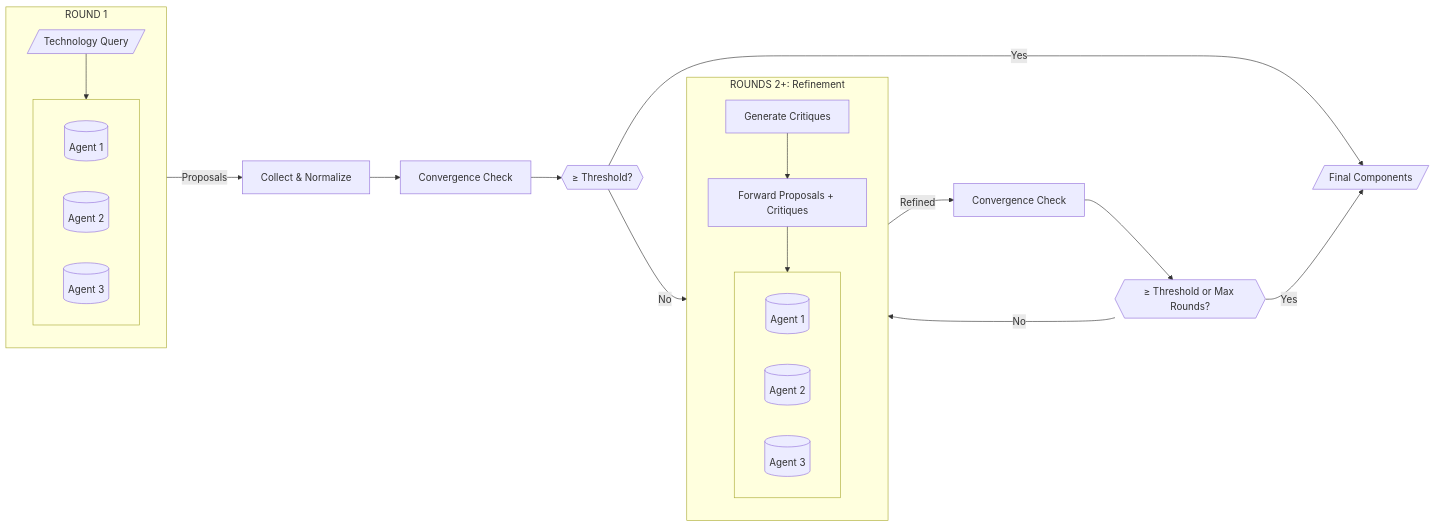
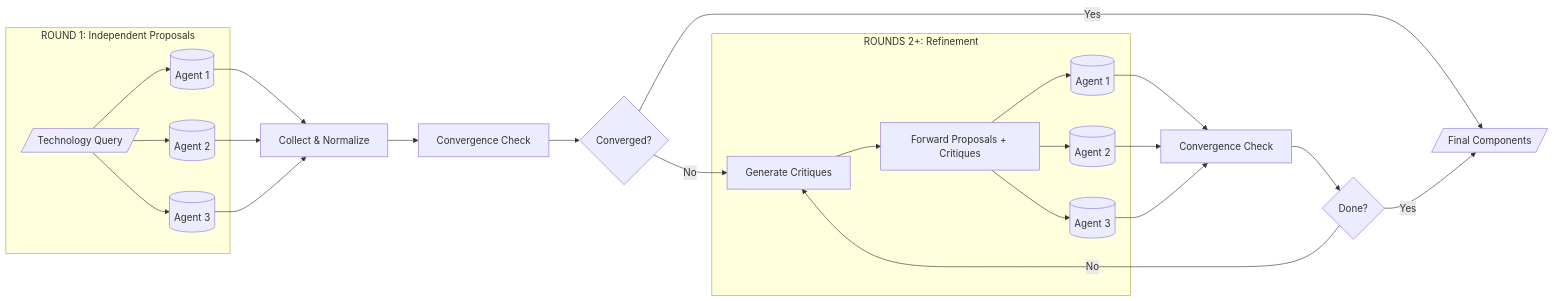
Before and after one commit to dads2busy/dpi_stdn_agentic: the diagram in docs/DEBATE_SYSTEM.md, drawn with Mermaid.

Commit message:
docs: fix Mermaid syntax for broader compatibility

````diff
--- a/docs/DEBATE_SYSTEM.md
+++ b/docs/DEBATE_SYSTEM.md
@@ -403,31 +403,35 @@
 ```mermaid
 flowchart LR
-    subgraph Round1["ROUND 1"]
-        direction TB
-        Tech[/"Technology Query"/] --> Agents
-        subgraph Agents[" "]
-            A1[("Agent 1")] & A2[("Agent 2")] & A3[("Agent 3")]
-        end
+    subgraph Round1["ROUND 1: Independent Proposals"]
+        Tech[/"Technology Query"/]
+        A1[("Agent 1")]
+        A2[("Agent 2")]
+        A3[("Agent 3")]
+        Tech --> A1
+        Tech --> A2
+        Tech --> A3
     end
     
-    Agents --> |"Proposals"| Collect["Collect & Normalize"]
+    A1 --> Collect["Collect & Normalize"]
+    A2 --> Collect
+    A3 --> Collect
     Collect --> Calc["Convergence Check"]
     
-    Calc --> Check{{"≥ Threshold?"}}
-    Check --> |"Yes"| Output[/"Final Components"/]
-    Check --> |"No"| Critique["Generate Critiques"]
+    Calc --> Check{"Converged?"}
+    Check -->|"Yes"| Output[/"Final Components"/]
+    Check -->|"No"| Critique["Generate Critiques"]
     
     subgraph Loop["ROUNDS 2+: Refinement"]
-        direction TB
         Critique --> Forward["Forward Proposals + Critiques"]
-        Forward --> Refine
-        subgraph Refine[" "]
-            R1[("Agent 1")] & R2[("Agent 2")] & R3[("Agent 3")]
-        end
+        Forward --> R1[("Agent 1")]
+        Forward --> R2[("Agent 2")]
+        Forward --> R3[("Agent 3")]
     end
     
-    Refine --> |"Refined"| Calc2["Convergence Check"]
-    Calc2 --> Check2{{"≥ Threshold or Max Rounds?"}}
-    Check2 --> |"No"| Critique
-    Check2 --> |"Yes"| Output
+    R1 --> Calc2["Convergence Check"]
+    R2 --> Calc2
+    R3 --> Calc2
+    Calc2 --> Check2{"Done?"}
+    Check2 -->|"No"| Critique
+    Check2 -->|"Yes"| Output
 ```
````
